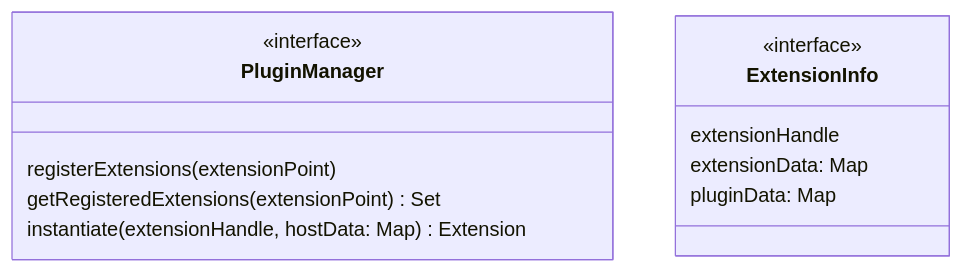
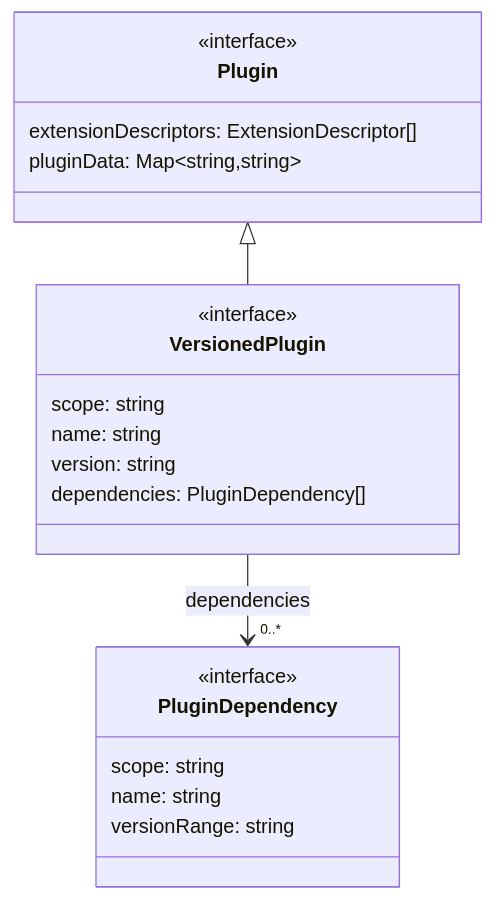
Before and after one commit to flowscripter/dynamic-plugin-framework: the second of 7 diagrams in README/implementation-details.md, drawn with Mermaid. The commit also changed other lines of this file and 45 other files, not shown here.

````diff
--- a/README/implementation-details.md
+++ b/README/implementation-details.md
@@ -55,16 +59,26 @@
 ```mermaid
 classDiagram
-    class PluginManager {
+    class Plugin {
         <<interface>>
-        registerExtensions(extensionPoint)
-        getRegisteredExtensions(extensionPoint) Set<ExtensionInfo>
-        instantiate(extensionHandle, hostData: Map<string, string>) Extension
+        extensionDescriptors: ExtensionDescriptor[]
+        pluginData: Map~string,string~
     }
 
-    class ExtensionInfo {
+    class VersionedPlugin {
         <<interface>>
-        extensionHandle
-        extensionData: Map<string, string>
-        pluginData: Map<string, string>
+        scope: string
+        name: string
+        version: string
+        dependencies: PluginDependency[]
     }
+
+    class PluginDependency {
+        <<interface>>
+        scope: string
+        name: string
+        versionRange: string
+    }
+
+    Plugin <|-- VersionedPlugin
+    VersionedPlugin --> "0..*" PluginDependency : dependencies
 ```
````
